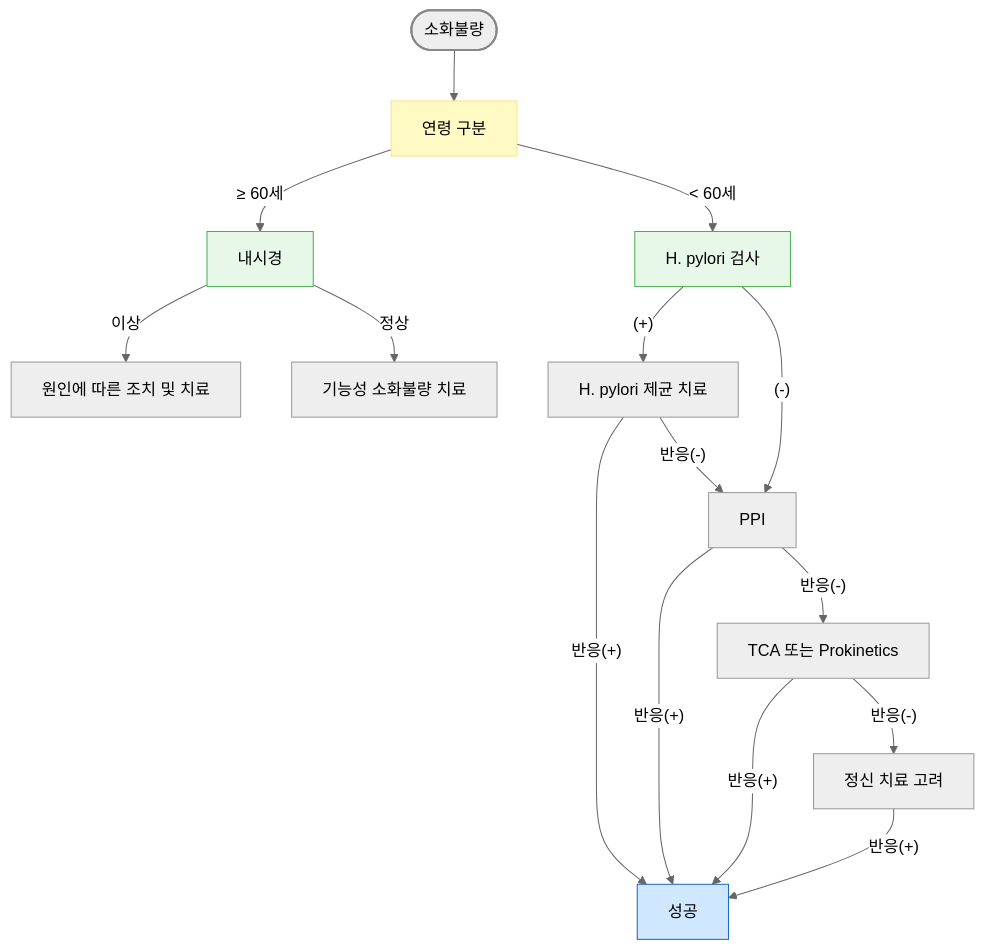
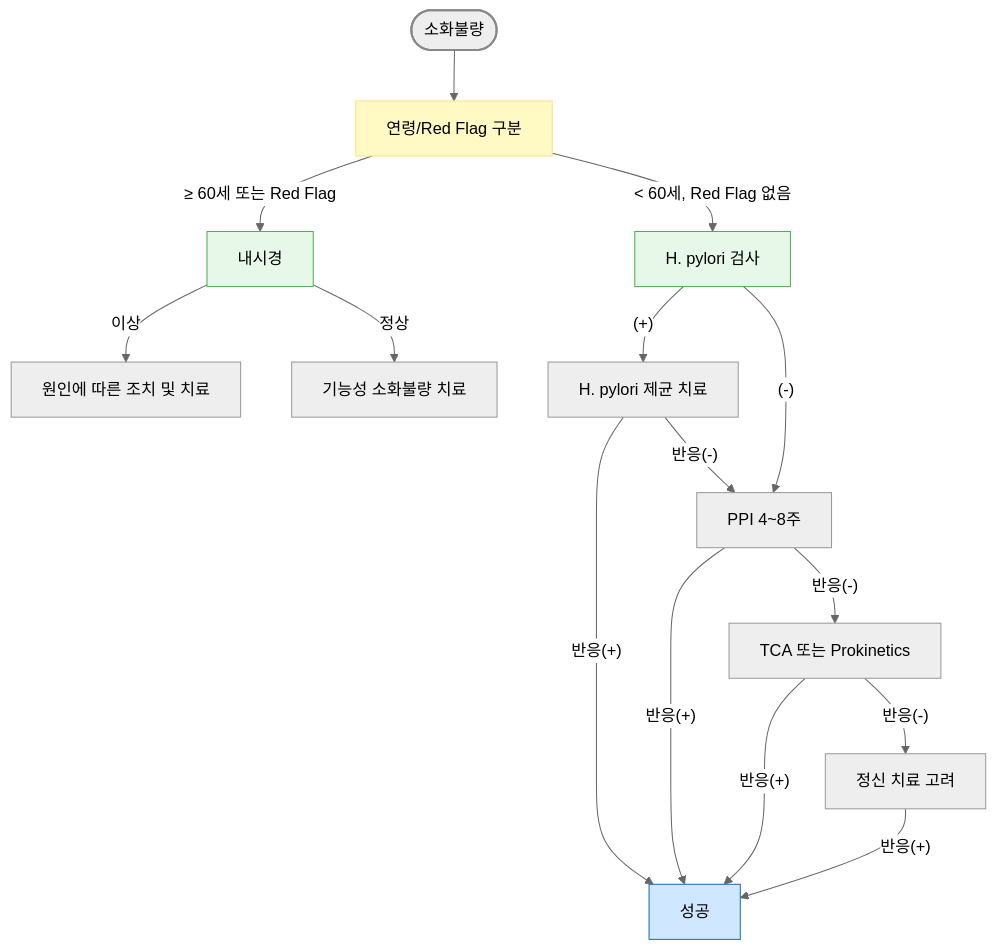
Before and after one commit to familyoh77/familyoh77: the second of 2 diagrams in 224_/075_-indigestion-dyspepsia.md, drawn with Mermaid (neutral theme). The commit also changed other lines of this file, not shown here.

````diff
--- a/224_/075_-indigestion-dyspepsia.md
+++ b/224_/075_-indigestion-dyspepsia.md
@@ -240,41 +240,35 @@
 ```mermaid
 graph TD
-    %% 노드 정의
     Start([소화불량])
-    AgeCheck[연령 구분]
+    AgeCheck[연령/Red Flag 구분]
     Endo[내시경]
     Abnormal[원인에 따른 조치 및 치료]
     FD_Tx[기능성 소화불량 치료]
     HpTest["H. pylori 검사"]
     HpErad["H. pylori 제균 치료"]
-    PPI[PPI]
+    PPI["PPI 4~8주"]
     TCA_Pro["TCA 또는 Prokinetics"]
     Psych["정신 치료 고려"]
     Success[성공]
 
-    %% 연결 관계
     Start --> AgeCheck
-    AgeCheck -- "≥ 60세" --> Endo
-    AgeCheck -- "< 60세" --> HpTest
+    AgeCheck -- "≥ 60세 또는 Red Flag" --> Endo
+    AgeCheck -- "< 60세, Red Flag 없음" --> HpTest
     Endo -- "이상" --> Abnormal
     Endo -- "정상" --> FD_Tx
     HpTest -- "(+)" --> HpErad
     HpTest -- "(-)" --> PPI
     HpErad -- "반응(+)" --> Success
     HpErad -- "반응(-)" --> PPI
     PPI -- "반응(+)" --> Success
     PPI -- "반응(-)" --> TCA_Pro
     TCA_Pro -- "반응(+)" --> Success
     TCA_Pro -- "반응(-)" --> Psych
     Psych -- "반응(+)" --> Success
 
-    %% 스타일 설정
-style Start fill:#eeeeee,stroke:#888888,stroke-width:2px
-style AgeCheck fill:#fff9c4,stroke:#ffe082
-classDef lightGreen fill:#e8f8e8,stroke:#4caf50
-class HpTest,Endo lightGreen
-
-style Success fill:#d0e8ff,stroke:#1a6abf
-
-
+    style Start fill:#eeeeee,stroke:#888888,stroke-width:2px
+    style AgeCheck fill:#fff9c4,stroke:#ffe082
+    classDef lightGreen fill:#e8f8e8,stroke:#4caf50
+    class HpTest,Endo lightGreen
+    style Success fill:#d0e8ff,stroke:#1a6abf
 ```
````
